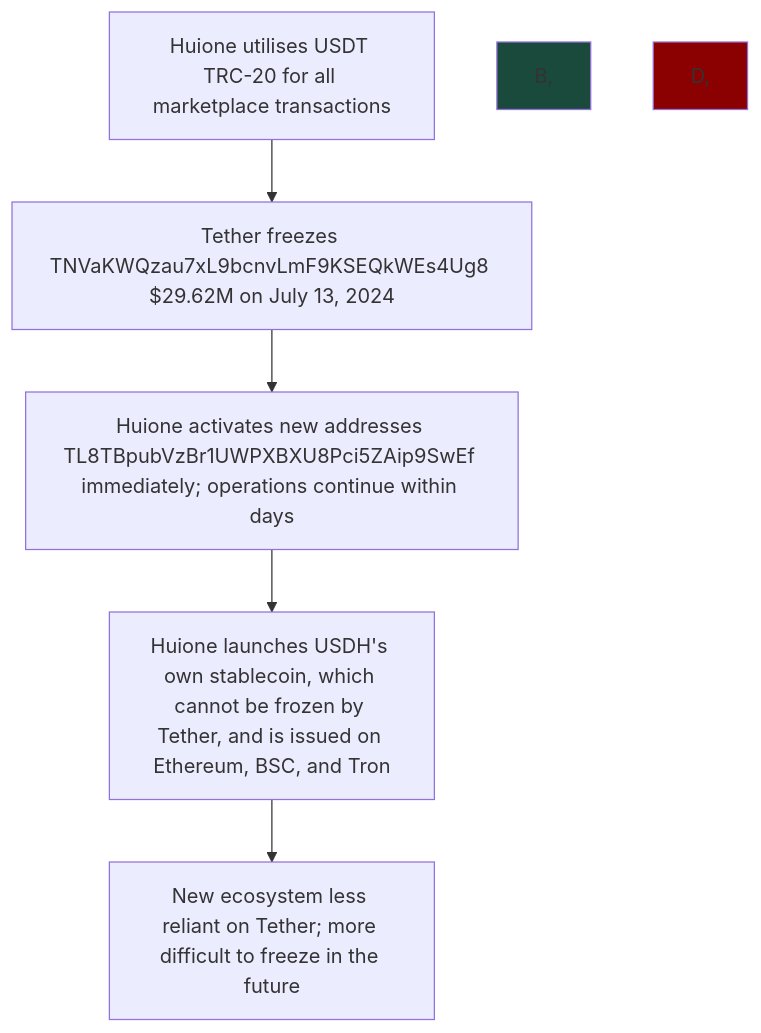
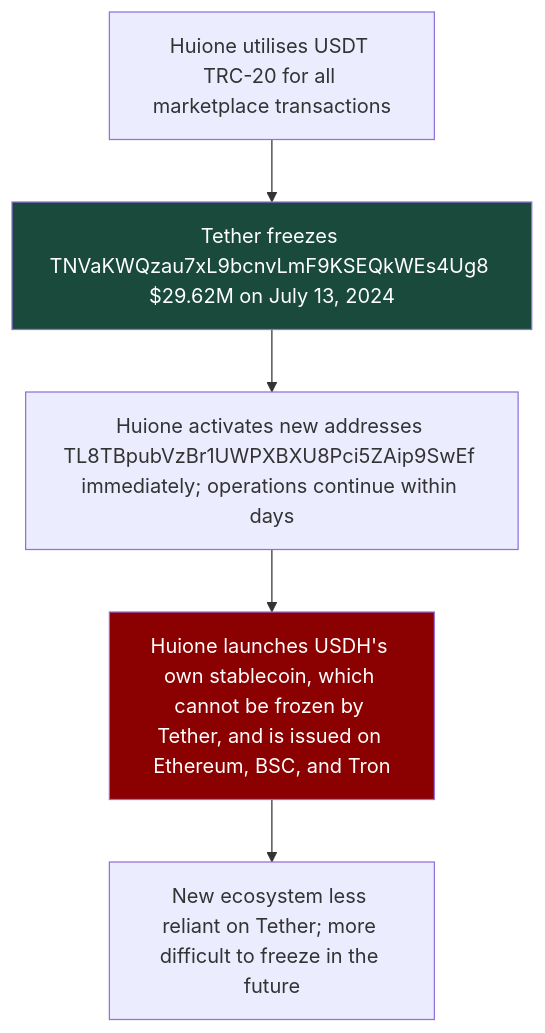
Before and after one commit to KotsykAndrey/aml-blockchain-portfolio: the sixth of 6 diagrams in case-2-pig-butchering/README.md, drawn with Mermaid.

````diff
--- a/case-2-pig-butchering/README.md
+++ b/case-2-pig-butchering/README.md
@@ -483,16 +483,16 @@
 ```mermaid
 flowchart TD
 A["Huione utilises USDT TRC-20 for all marketplace transactions"] --> B
 
 B["Tether freezes TNVaKWQzau7xL9bcnvLmF9KSEQkWEs4Ug8 $29.62M on July 13, 2024"] --> C
 
 C["Huione activates new addresses TL8TBpubVzBr1UWPXBXU8Pci5ZAip9SwEf immediately; operations continue within days"] --> D
 
 D["Huione launches USDH's own stablecoin, which cannot be frozen by Tether, and is issued on Ethereum, BSC, and Tron"] --> E
 
 E["New ecosystem less reliant on Tether; more difficult to freeze in the future"]
 
-style B, fill: #1A4A3C, colour: #fff
-style D, fill: #8b0000, colour: #fff
+style B fill: #1A4A3C, color: #fff
+style D fill: #8b0000, color: #fff
 
 ```
````
